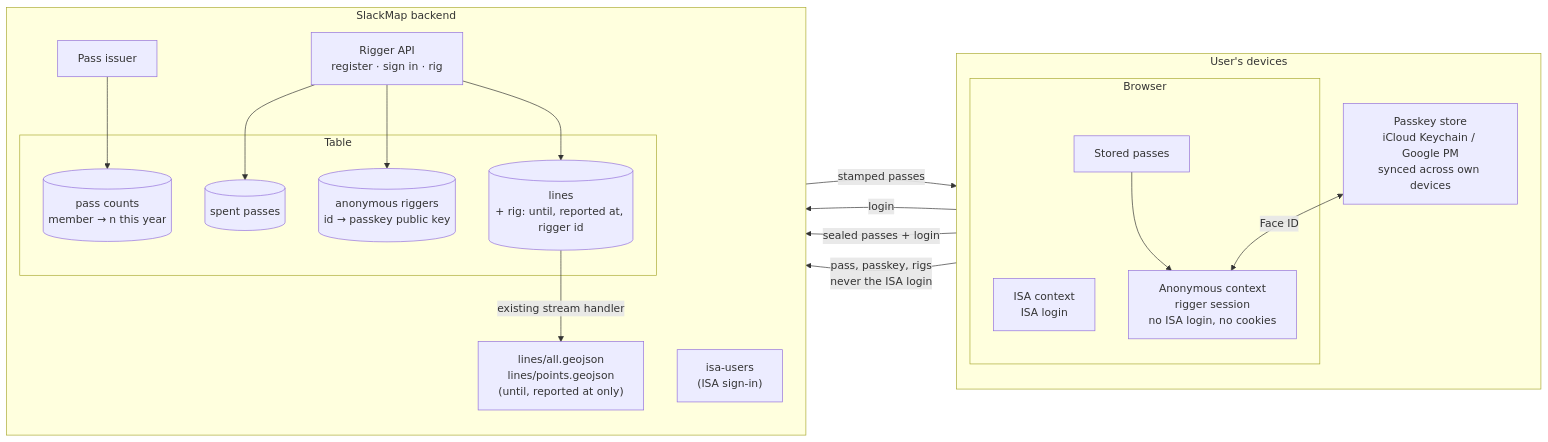
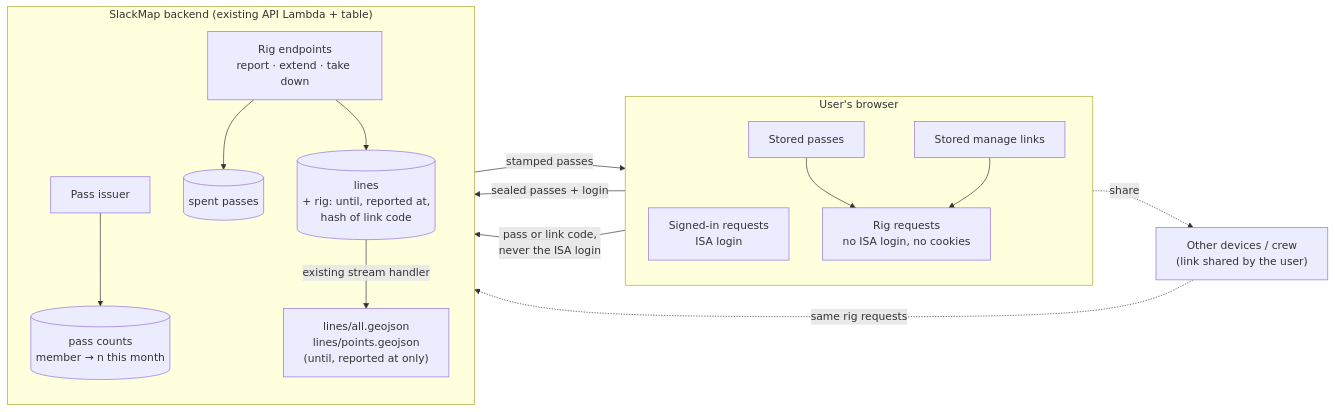
Before and after one commit to International-Slackline-Association/isa: the first of 9 diagrams in specs/slackmap-live-lines/flows.md, drawn with Mermaid. The commit also changed other lines of this file and 5 other files, not shown here.

Commit message:
specs/slackmap-live-lines: manage link replaces the passkey; sharing it moves a rig to another device or hands it to a crew member; code after # so it never reaches server logs; hash erased when the rig ends; rejected options listed

````diff
--- a/specs/slackmap-live-lines/flows.md
+++ b/specs/slackmap-live-lines/flows.md
@@ -11,38 +11,34 @@
 ```mermaid
 flowchart LR
-    subgraph Device["User's devices"]
+    subgraph Browser["User's browser"]
         direction TB
-        subgraph Browser["Browser"]
-            ISACtx["ISA context<br/>ISA login"]
-            AnonCtx["Anonymous context<br/>rigger session<br/>no ISA login, no cookies"]
-            Passes["Stored passes"]
-        end
-        Keychain["Passkey store<br/>iCloud Keychain / Google PM<br/>synced across own devices"]
+        ISACtx["Signed-in requests<br/>ISA login"]
+        Passes["Stored passes"]
+        Links["Stored manage links"]
+        RigCalls["Rig requests<br/>no ISA login, no cookies"]
     end
 
-    subgraph ISA["SlackMap backend"]
+    Others["Other devices / crew<br/>(link shared by the user)"]
+
+    subgraph ISA["SlackMap backend (existing API Lambda + table)"]
         direction TB
-        Cognito["isa-users<br/>(ISA sign-in)"]
         Issuer["Pass issuer"]
-        RiggerAPI["Rigger API<br/>register · sign in · rig"]
-        subgraph Table["Table"]
-            Counts[("pass counts<br/>member → n this year")]
-            Spent[("spent passes")]
-            Riggers[("anonymous riggers<br/>id → passkey public key")]
-            Lines[("lines<br/>+ rig: until, reported at, rigger id")]
-        end
+        RigAPI["Rig endpoints<br/>report · extend · take down"]
+        Counts[("pass counts<br/>member → n this month")]
+        Spent[("spent passes")]
+        Lines[("lines<br/>+ rig: until, reported at,<br/>hash of link code")]
         Files["lines/all.geojson<br/>lines/points.geojson<br/>(until, reported at only)"]
     end
 
-    ISACtx -- login --> Cognito
     ISACtx -- "sealed passes + login" --> Issuer
     Issuer --> Counts
     Issuer -- "stamped passes" --> Passes
-    Passes --> AnonCtx
-    Keychain <-->|Face ID| AnonCtx
-    AnonCtx -- "pass, passkey, rigs<br/>never the ISA login" --> RiggerAPI
-    RiggerAPI --> Spent
-    RiggerAPI --> Riggers
-    RiggerAPI --> Lines
+    Passes --> RigCalls
+    Links --> RigCalls
+    Links -. "share" .-> Others
+    Others -. "same rig requests" .-> RigAPI
+    RigCalls -- "pass or link code,<br/>never the ISA login" --> RigAPI
+    RigAPI --> Spent
+    RigAPI --> Lines
     Lines -- "existing stream handler" --> Files
 ```
````
